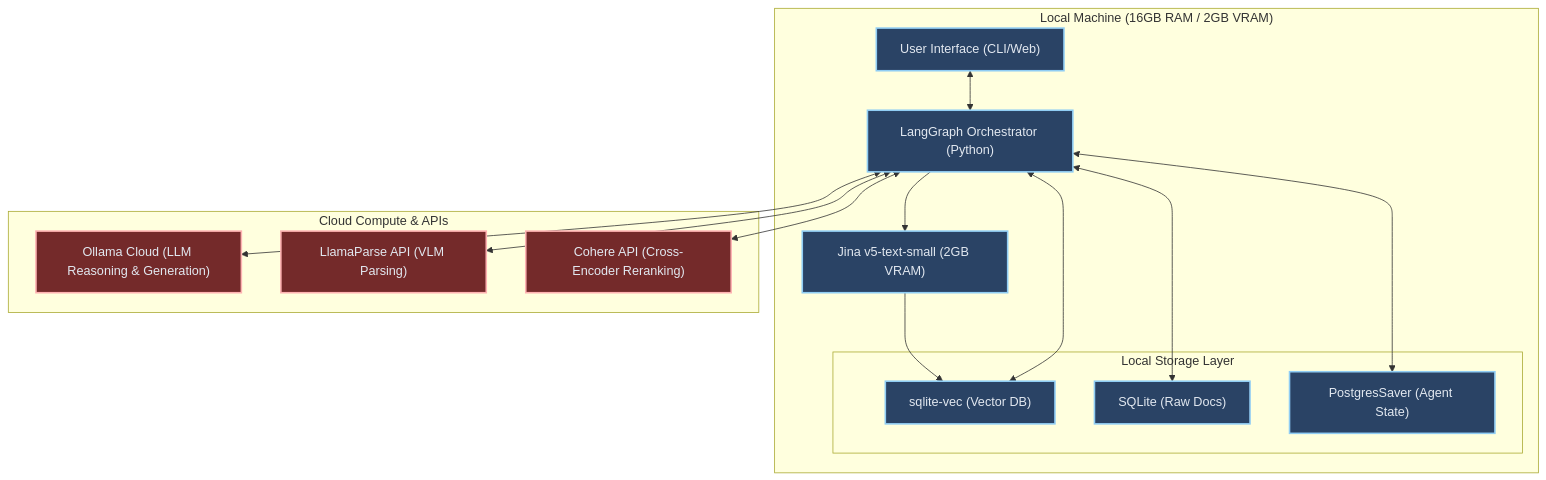
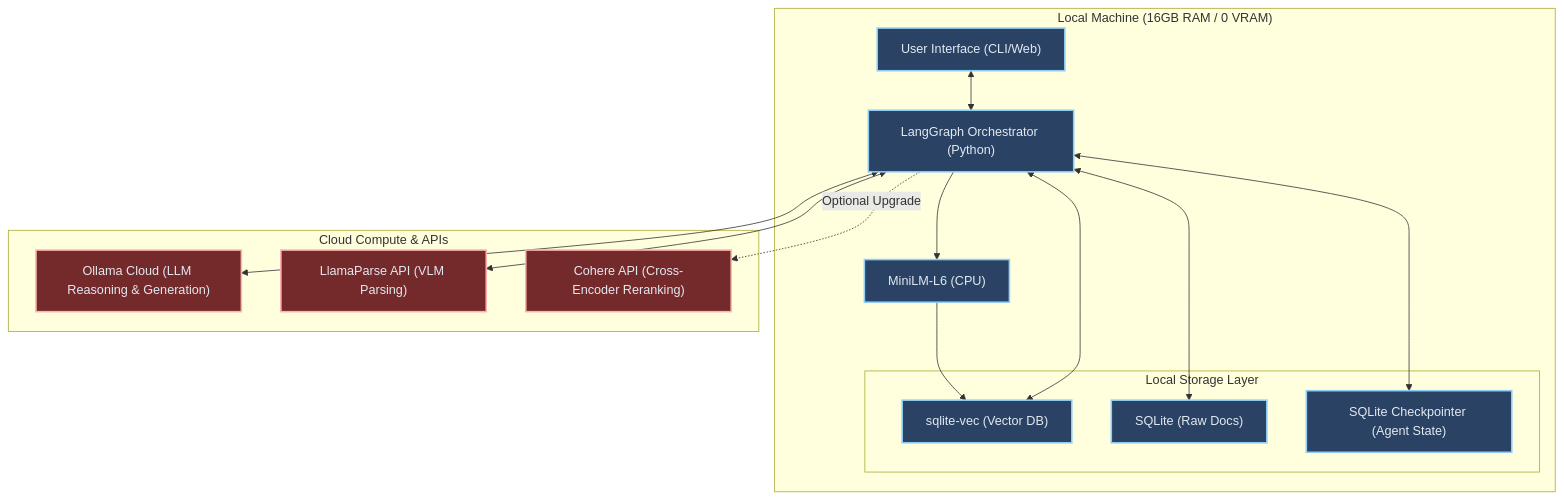
One commit to dpsdagain/RAG changed the first of 7 diagrams in rag_final_architecture_2026.md. Above: the diagram before and after it, drawn with Mermaid. The commit also changed other lines of this file and 6 other files, not shown here.

Commit message:
docs: refactor RAG architecture to strict 0-VRAM CPU-first baseline

````diff
--- a/rag_final_architecture_2026.md
+++ b/rag_final_architecture_2026.md
@@ -12,37 +12,37 @@
 ```mermaid
 graph TD
-    subgraph "Local Machine (16GB RAM / 2GB VRAM)"
+    subgraph "Local Machine (16GB RAM / 0 VRAM)"
         UI["User Interface (CLI/Web)"]
         Orchestrator["LangGraph Orchestrator (Python)"]
-        LocalEmbed["Jina v5-text-small (2GB VRAM)"]
+        LocalEmbed["MiniLM-L6 (CPU)"]
         
         subgraph "Local Storage Layer"
             VecDB["sqlite-vec (Vector DB)"]
             DocStore["SQLite (Raw Docs)"]
-            StateDB["PostgresSaver (Agent State)"]
+            StateDB["SQLite Checkpointer (Agent State)"]
         end
     end
 
     subgraph "Cloud Compute & APIs"
         Ollama["Ollama Cloud (LLM Reasoning & Generation)"]
         LlamaParse["LlamaParse API (VLM Parsing)"]
         Cohere["Cohere API (Cross-Encoder Reranking)"]
     end
 
     UI <--> Orchestrator
     Orchestrator --> LocalEmbed
     LocalEmbed --> VecDB
     Orchestrator <--> VecDB
     Orchestrator <--> DocStore
     Orchestrator <--> StateDB
 
     Orchestrator <--> Ollama
     Orchestrator <--> LlamaParse
-    Orchestrator <--> Cohere
+    Orchestrator -.->|Optional Upgrade| Cohere
     
     classDef local fill:#2a4365,stroke:#90cdf4,stroke-width:2px,color:#e2e8f0
     classDef cloud fill:#742a2a,stroke:#feb2b2,stroke-width:2px,color:#e2e8f0
     
     class UI,Orchestrator,LocalEmbed,VecDB,DocStore,StateDB local
     class Ollama,LlamaParse,Cohere cloud
 ```
````
